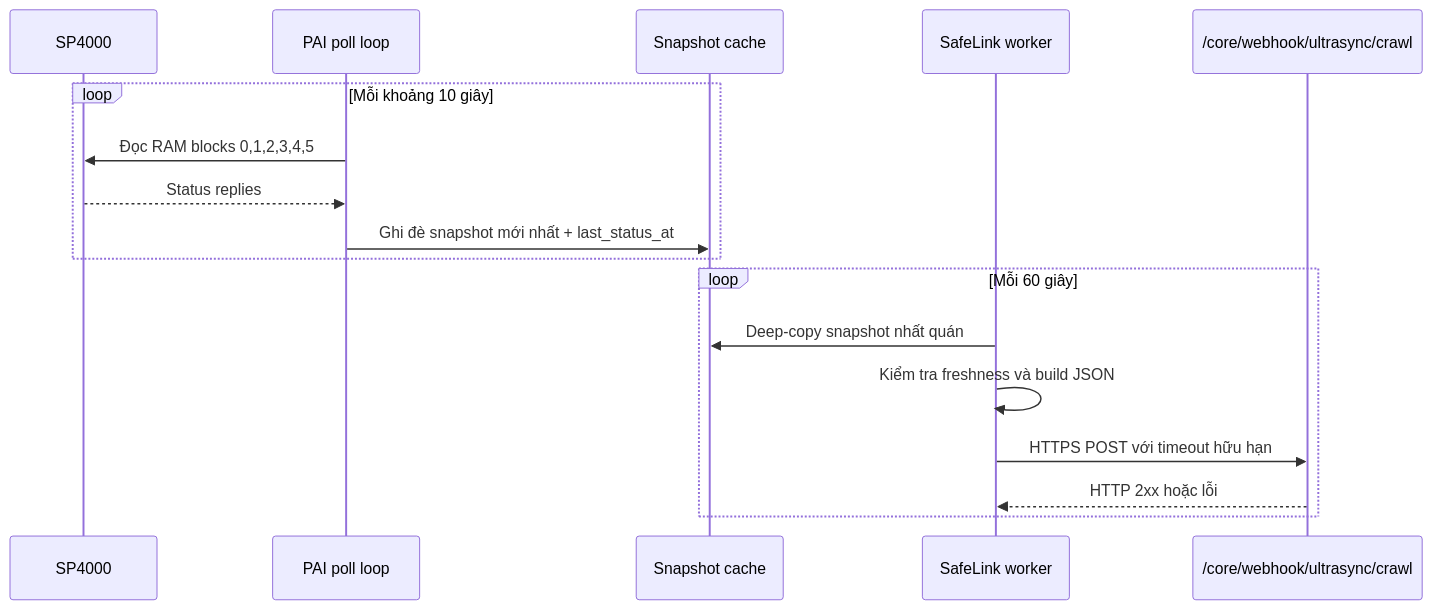
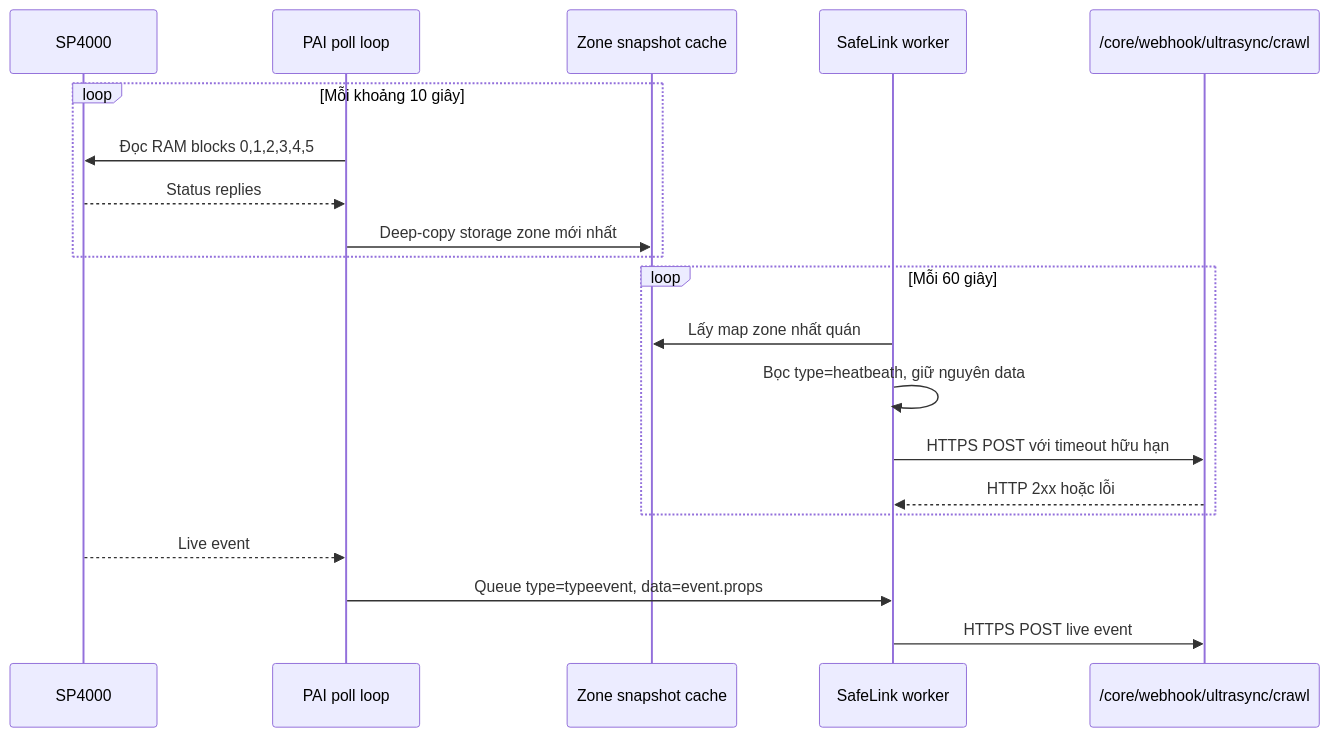
The second of 2 diagrams in docs/huong-dan-sp4000-orange-pi-safelink-vi.md (ntlehoangson/pai), drawn with Mermaid before and after one commit. The commit also changed other lines of this file and 7 other files, not shown here.

````diff
--- a/docs/huong-dan-sp4000-orange-pi-safelink-vi.md
+++ b/docs/huong-dan-sp4000-orange-pi-safelink-vi.md
@@ -550,21 +505,25 @@
 ```mermaid
 sequenceDiagram
     participant Panel as SP4000
     participant PAI as PAI poll loop
-    participant Cache as Snapshot cache
+    participant Cache as Zone snapshot cache
     participant Push as SafeLink worker
     participant API as /core/webhook/ultrasync/crawl
 
     loop Mỗi khoảng 10 giây
         PAI->>Panel: Đọc RAM blocks 0,1,2,3,4,5
         Panel-->>PAI: Status replies
-        PAI->>Cache: Ghi đè snapshot mới nhất + last_status_at
+        PAI->>Cache: Deep-copy storage zone mới nhất
     end
 
     loop Mỗi 60 giây
-        Push->>Cache: Deep-copy snapshot nhất quán
-        Push->>Push: Kiểm tra freshness và build JSON
+        Push->>Cache: Lấy map zone nhất quán
+        Push->>Push: Bọc type=heatbeath, giữ nguyên data
         Push->>API: HTTPS POST với timeout hữu hạn
         API-->>Push: HTTP 2xx hoặc lỗi
     end
+
+    Panel-->>PAI: Live event
+    PAI->>Push: Queue type=typeevent, data=event.props
+    Push->>API: HTTPS POST live event
 ```
````
